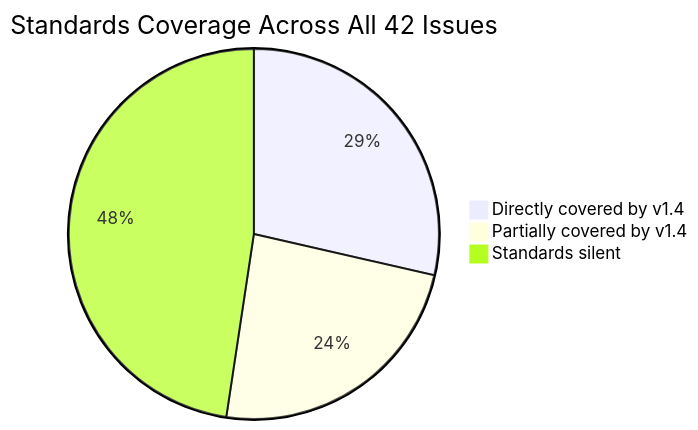
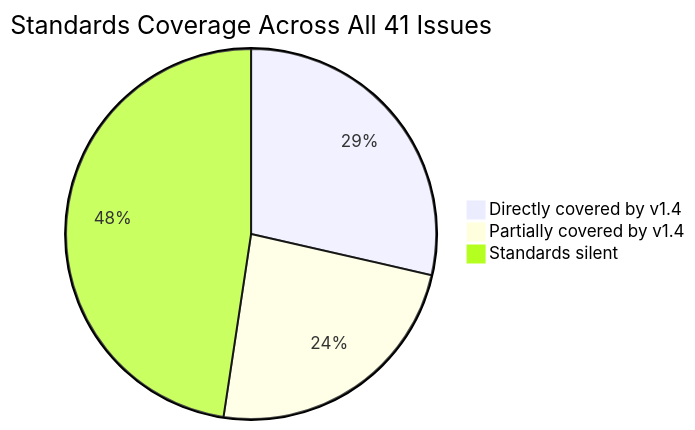
The second of 4 diagrams in standards/audits/community-alignment-matrix.md (meshtastic/design), drawn with Mermaid before and after one commit. The commit also changed other lines of this file, not shown here.

First line of the commit message:
fix: bar chart label overlap; remove #46 (transferred to Android) (#103)

````diff
--- a/standards/audits/community-alignment-matrix.md
+++ b/standards/audits/community-alignment-matrix.md
@@ -40,6 +40,6 @@
 ```mermaid
-pie title Standards Coverage Across All 42 Issues
+pie title Standards Coverage Across All 41 Issues
     "Directly covered by v1.4" : 12
     "Partially covered by v1.4" : 10
     "Standards silent" : 20
 ```
````
